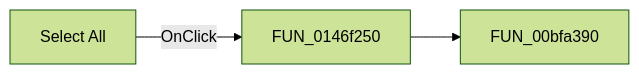
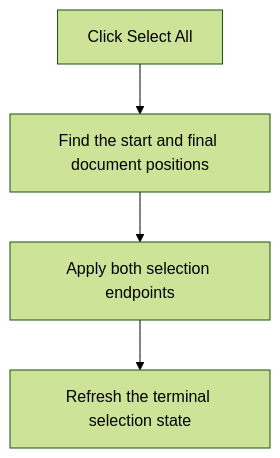
Before and after one commit to MovGP0/TIARA: the diagram in docs/ui-controls/pymainform/mnselectallterminal-842304ca90.md, drawn with Mermaid (forest theme). The commit also changed other lines of this file and 1062 other files, not shown here.

````diff
--- a/docs/ui-controls/pymainform/mnselectallterminal-842304ca90.md
+++ b/docs/ui-controls/pymainform/mnselectallterminal-842304ca90.md
@@ -27,5 +29,6 @@
 ```mermaid
-flowchart LR
-    control["Select All"] -->|OnClick| handler["FUN_0146f250"]
-    handler --> call1["FUN_00bfa390"]
+flowchart TD
+    control["Click Select All"] --> bounds["Find the start and final document positions"]
+    bounds --> select["Apply both selection endpoints"]
+    select --> update["Refresh the terminal selection state"]
 ```
````
